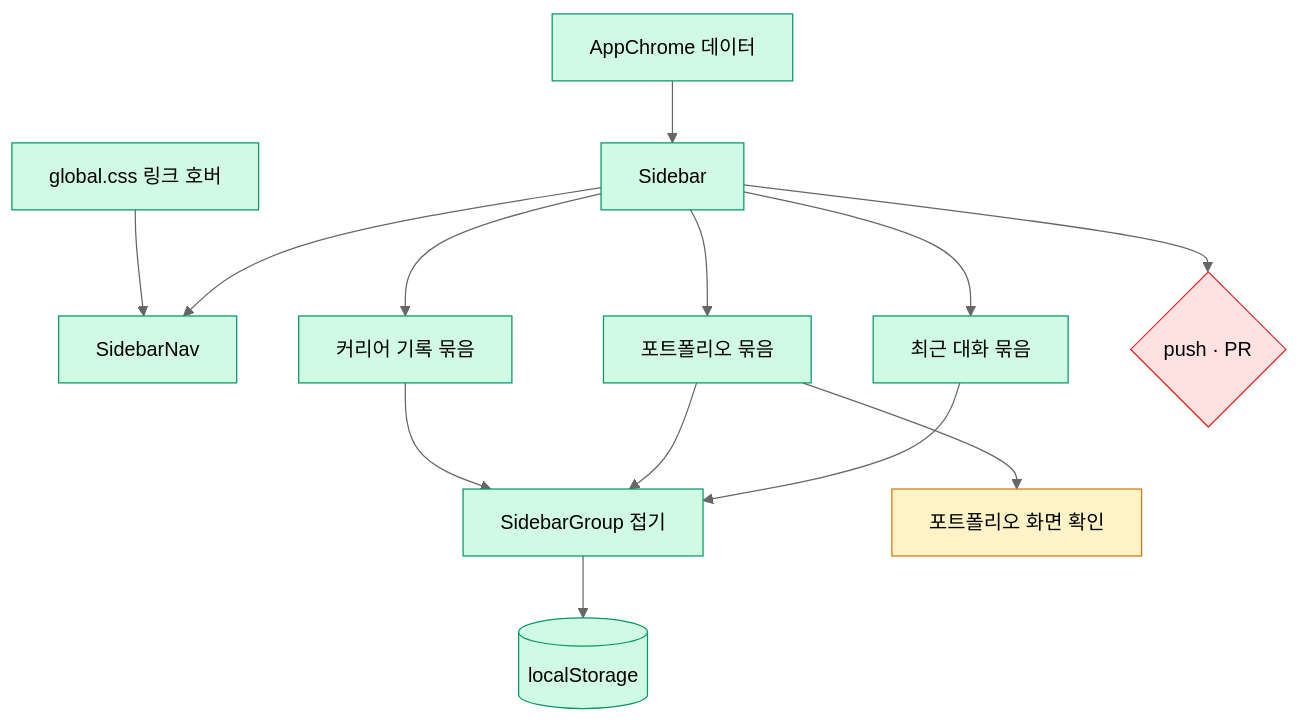
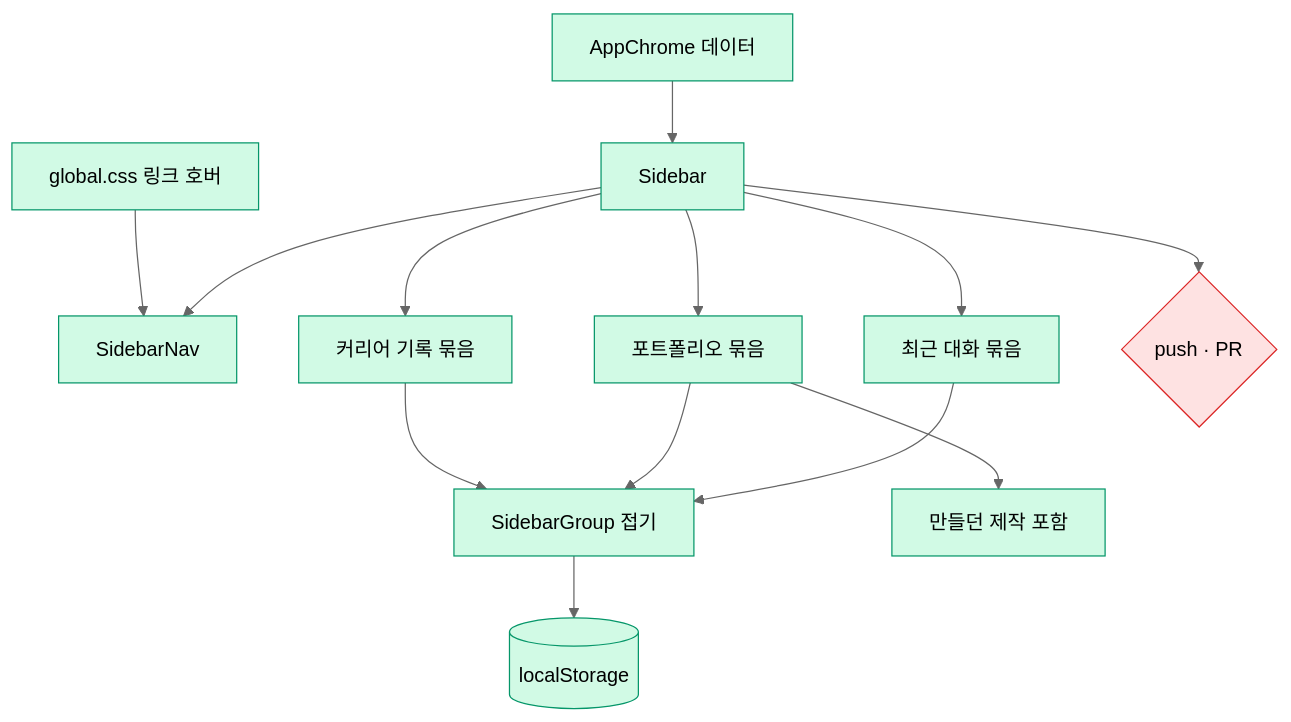
The diagram in .sitrep/sessions/20261119-2130-sidebar-sections/arch.mmd (Expresso-Organization/expresso), drawn with Mermaid (neutral theme) before and after one commit. The commit also changed 14 other files, not shown here.

First line of the commit message:
feat: 사이드바 포트폴리오 묶음의 만들던 제작과 첫 페인트 접힘

```diff
--- a/.sitrep/sessions/20261119-2130-sidebar-sections/arch.mmd
+++ b/.sitrep/sessions/20261119-2130-sidebar-sections/arch.mmd
@@ -1,20 +1,19 @@
 flowchart TD
   AC["AppChrome 데이터"] --> SB["Sidebar"]
   SB --> NAV["SidebarNav"]
   SB --> CV["최근 대화 묶음"]
   SB --> PF["포트폴리오 묶음"]
   SB --> CT["커리어 기록 묶음"]
   CV --> G["SidebarGroup 접기"]
   PF --> G
   CT --> G
   G --> LS[("localStorage")]
   GL["global.css 링크 호버"] --> NAV
-  PF --> V["포트폴리오 화면 확인"]
+  PF --> V["만들던 제작 포함"]
   SB --> PR{"push · PR"}
   classDef done fill:#d1fae5,stroke:#059669
   classDef doing fill:#fef3c7,stroke:#d97706
   classDef decide fill:#fee2e2,stroke:#dc2626
   classDef todo fill:#f3f4f6,stroke:#9ca3af,stroke-dasharray:4
-  class AC,SB,NAV,CV,PF,CT,G,LS,GL done
-  class V doing
+  class AC,SB,NAV,CV,PF,CT,G,LS,GL,V done
   class PR decide
```
